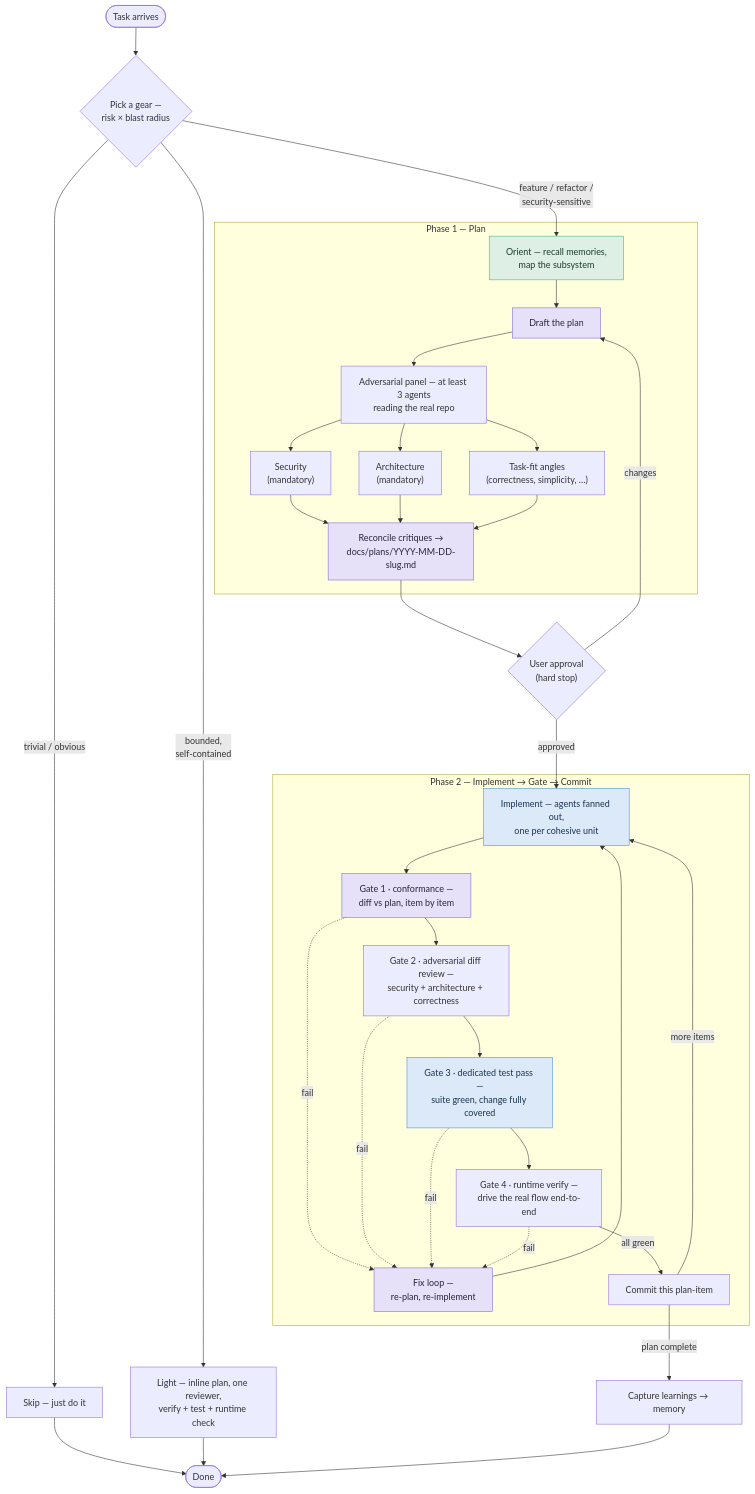
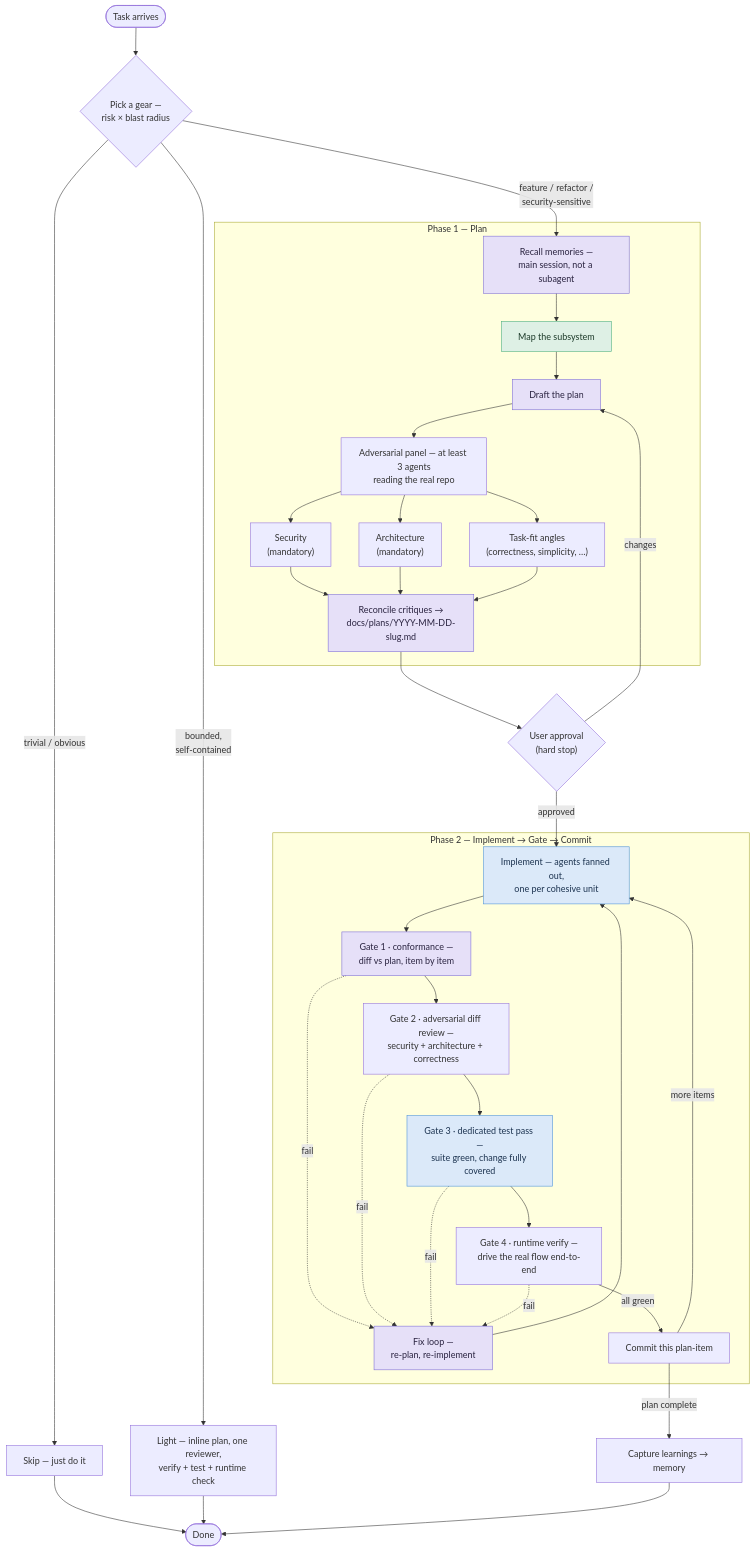
Before and after one commit to JulesNsenda/claude-workflow: the diagram in README.md, drawn with Mermaid. The commit also changed other lines of this file and 2 other files, not shown here.

````diff
--- a/README.md
+++ b/README.md
@@ -54,47 +54,48 @@
 ```mermaid
 flowchart TD
     Task([Task arrives]) --> Gear{"Pick a gear —<br/>risk × blast radius"}
     Gear -->|"trivial / obvious"| Skip["Skip — just do it"]
     Gear -->|"bounded,<br/>self-contained"| Light["Light — inline plan, one reviewer,<br/>verify + test + runtime check"]
     Gear -->|"feature / refactor /<br/>security-sensitive"| Orient
 
     subgraph P1["Phase 1 — Plan"]
-        Orient["Orient — recall memories,<br/>map the subsystem"]:::fast --> Draft["Draft the plan"]:::frontier
+        Orient["Recall memories —<br/>main session, not a subagent"]:::frontier --> Map["Map the subsystem"]:::fast
+        Map --> Draft["Draft the plan"]:::frontier
         Draft --> Panel["Adversarial panel — at least 3 agents<br/>reading the real repo"]
         Panel --> Sec["Security<br/>(mandatory)"]
         Panel --> Arch["Architecture<br/>(mandatory)"]
         Panel --> Fit["Task-fit angles<br/>(correctness, simplicity, …)"]
         Sec --> Reconcile["Reconcile critiques →<br/>docs/plans/YYYY-MM-DD-slug.md"]:::frontier
         Arch --> Reconcile
         Fit --> Reconcile
     end
 
     Reconcile --> Approve{"User approval<br/>(hard stop)"}
     Approve -->|"changes"| Draft
     Approve -->|"approved"| Impl
 
     subgraph P2["Phase 2 — Implement → Gate → Commit"]
         Impl["Implement — agents fanned out,<br/>one per cohesive unit"]:::mid --> G1
         G1["Gate 1 · conformance —<br/>diff vs plan, item by item"]:::frontier --> G2
         G2["Gate 2 · adversarial diff review —<br/>security + architecture + correctness"] --> G3
         G3["Gate 3 · dedicated test pass —<br/>suite green, change fully covered"]:::mid --> G4
         G4["Gate 4 · runtime verify —<br/>drive the real flow end-to-end"]
         Fix["Fix loop —<br/>re-plan, re-implement"]:::frontier
         G1 -. "fail" .-> Fix
         G2 -. "fail" .-> Fix
         G3 -. "fail" .-> Fix
         G4 -. "fail" .-> Fix
         Fix --> Impl
         G4 -->|"all green"| Commit["Commit this plan-item"]
         Commit -->|"more items"| Impl
     end
 
     Commit -->|"plan complete"| Capture["Capture learnings → memory"]
     Skip --> Done([Done])
     Light --> Done
     Capture --> Done
 
     classDef frontier fill:#e6e0f8,stroke:#7c6bd6,color:#2a2340
     classDef mid fill:#dbe9f9,stroke:#4a90d9,color:#1c3350
     classDef fast fill:#def0e5,stroke:#4caf7d,color:#1d3a2a
 ```
````
